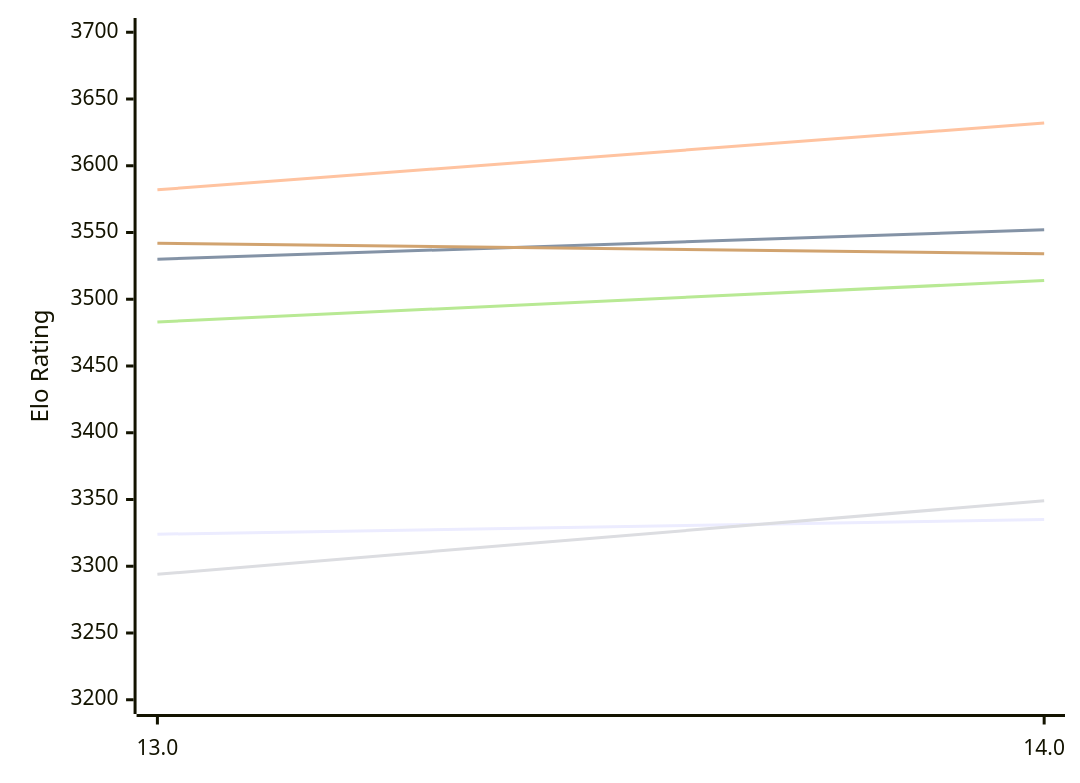
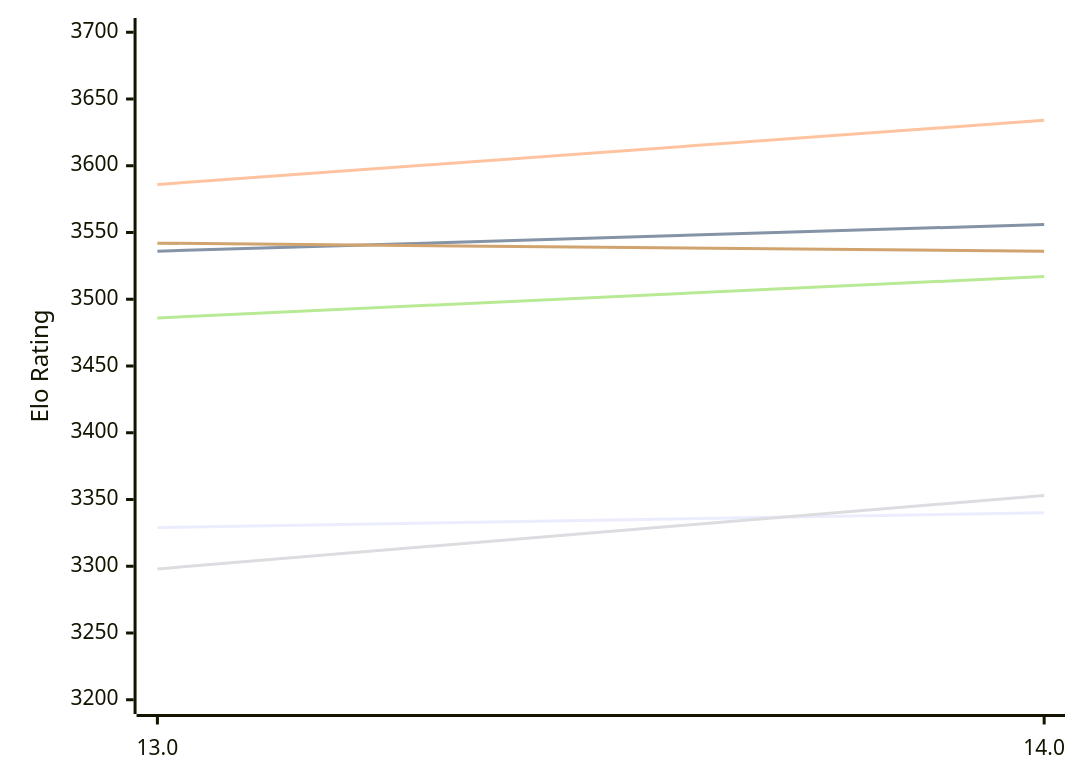
Before and after one commit to computer-chess-index/cci: the first of 2 diagrams in engines/Tcheran.md, drawn with Mermaid. The commit also changed other lines of this file, not shown here.

Commit message:
Update CCI Ratings (ELO VLTC) - 2026-11-20

````diff
--- a/engines/Tcheran.md
+++ b/engines/Tcheran.md
@@ -55,12 +55,12 @@
 ```mermaid
 %%{init: {"theme":"base","themeVariables":{"seriesColors:['#a3a3a3','#222221','#faa371']}}}%%
 xychart-beta
   x-axis ["13.0", "14.0"]
   y-axis "Elo Rating" 3200 --> 3700
-  line "E1: STC (8.0+0.08s)" [3324, 3335]
-  line "E1: LTC (60.0+0.60s)" [3530, 3552]
-  line "E1: VLTC (2m24s+1.12s)" [3582, 3632]
-  line "P1: STC (8.0+0.08s)" [3294, 3349]
-  line "P1: LTC (60.0+0.60s)" [3483, 3514]
-  line "P1: VLTC (2m24s+1.12s)" [3542, 3534]
+  line "E1: STC (8.0+0.08s)" [3329, 3340]
+  line "E1: LTC (60.0+0.60s)" [3536, 3556]
+  line "E1: VLTC (2m24s+1.12s)" [3586, 3634]
+  line "P1: STC (8.0+0.08s)" [3298, 3353]
+  line "P1: LTC (60.0+0.60s)" [3486, 3517]
+  line "P1: VLTC (2m24s+1.12s)" [3542, 3536]
 ```
````
